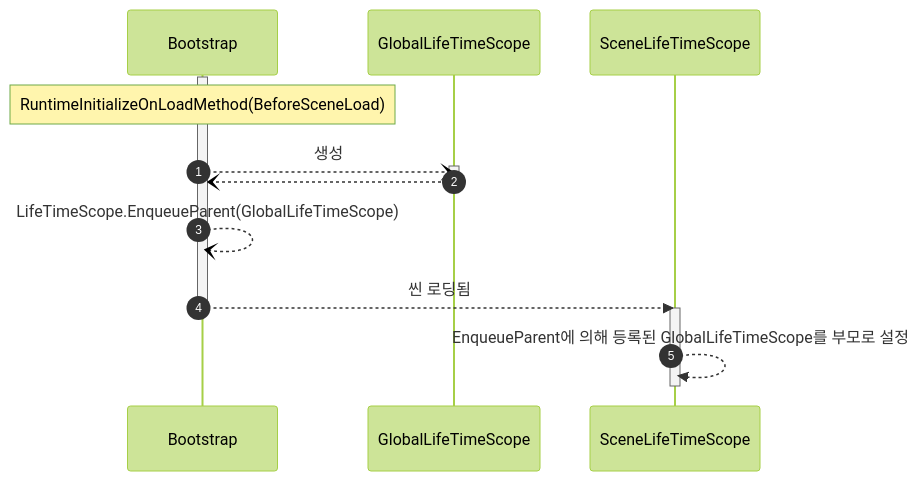
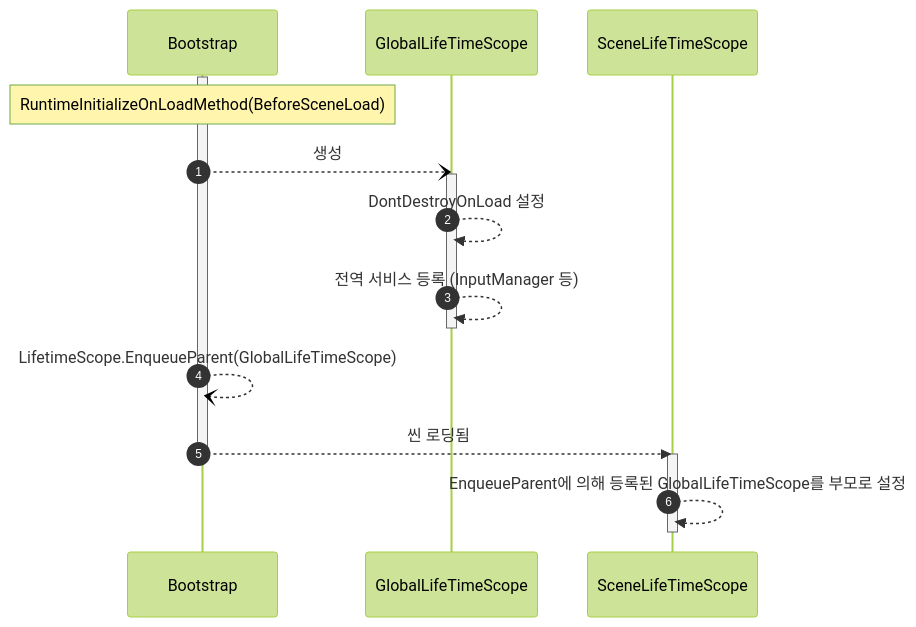
Before and after one commit to JIN5EOK/DungeonShooter: the second of 2 diagrams in Assets/_README/의존성_관리.md, drawn with Mermaid (forest theme). The commit also changed other lines of this file, not shown here.

Commit message:
docs: 의존성 관리 설계 문서 업데이트

````diff
--- a/Assets/_README/의존성_관리.md
+++ b/Assets/_README/의존성_관리.md
@@ -18,19 +20,20 @@
 ```mermaid
 sequenceDiagram
     autonumber
     participant Bootstrap
     participant GlobalLifeTimeScope
     participant SceneLifeTimeScope
     activate Bootstrap
     note over Bootstrap: RuntimeInitializeOnLoadMethod(BeforeSceneLoad)
     Bootstrap--)GlobalLifeTimeScope: 생성
     activate GlobalLifeTimeScope
+    GlobalLifeTimeScope-->>GlobalLifeTimeScope: DontDestroyOnLoad 설정
+    GlobalLifeTimeScope-->>GlobalLifeTimeScope: 전역 서비스 등록 (InputManager 등)
     deactivate GlobalLifeTimeScope
-    GlobalLifeTimeScope--)Bootstrap: 
-    Bootstrap--)Bootstrap:LifeTimeScope.EnqueueParent(GlobalLifeTimeScope)
-    Bootstrap-->>SceneLifeTimeScope:씬 로딩됨
+    Bootstrap--)Bootstrap: LifetimeScope.EnqueueParent(GlobalLifeTimeScope)
+    Bootstrap-->>SceneLifeTimeScope: 씬 로딩됨
     deactivate Bootstrap
     activate SceneLifeTimeScope
     SceneLifeTimeScope-->>SceneLifeTimeScope: EnqueueParent에 의해 등록된 GlobalLifeTimeScope를 부모로 설정
     deactivate SceneLifeTimeScope
 ```
````
